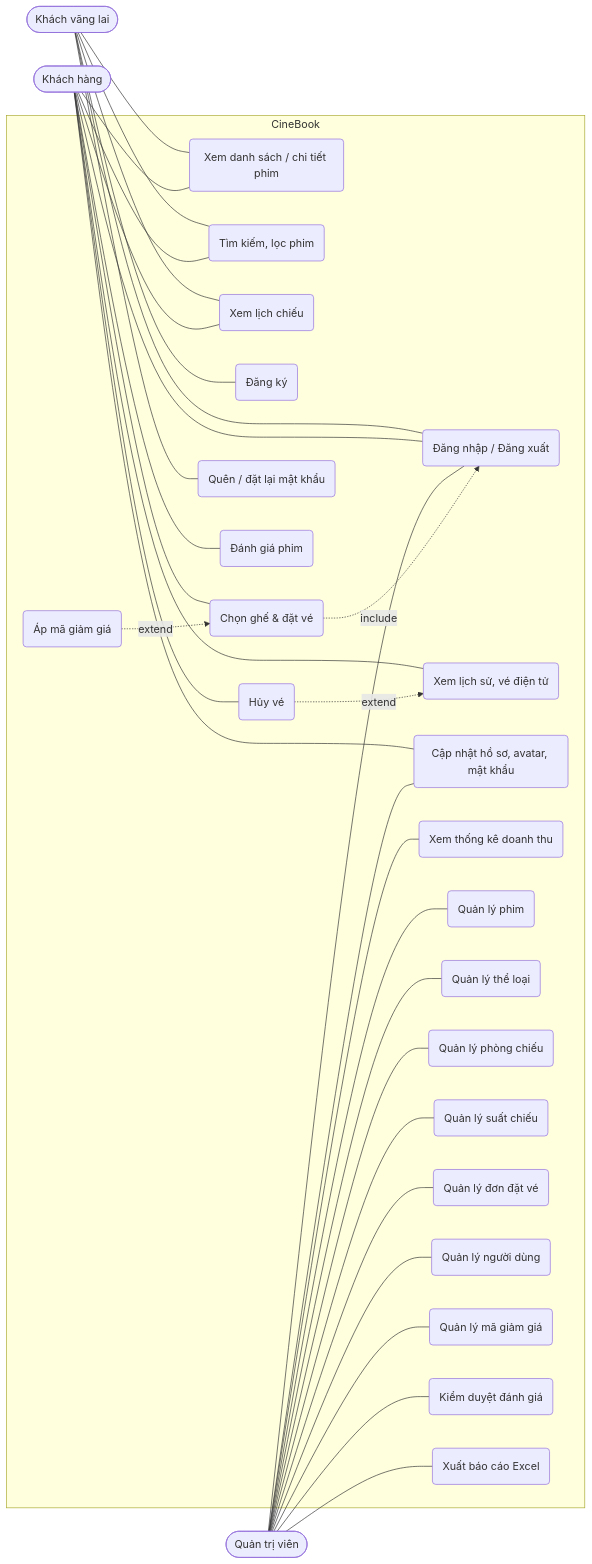
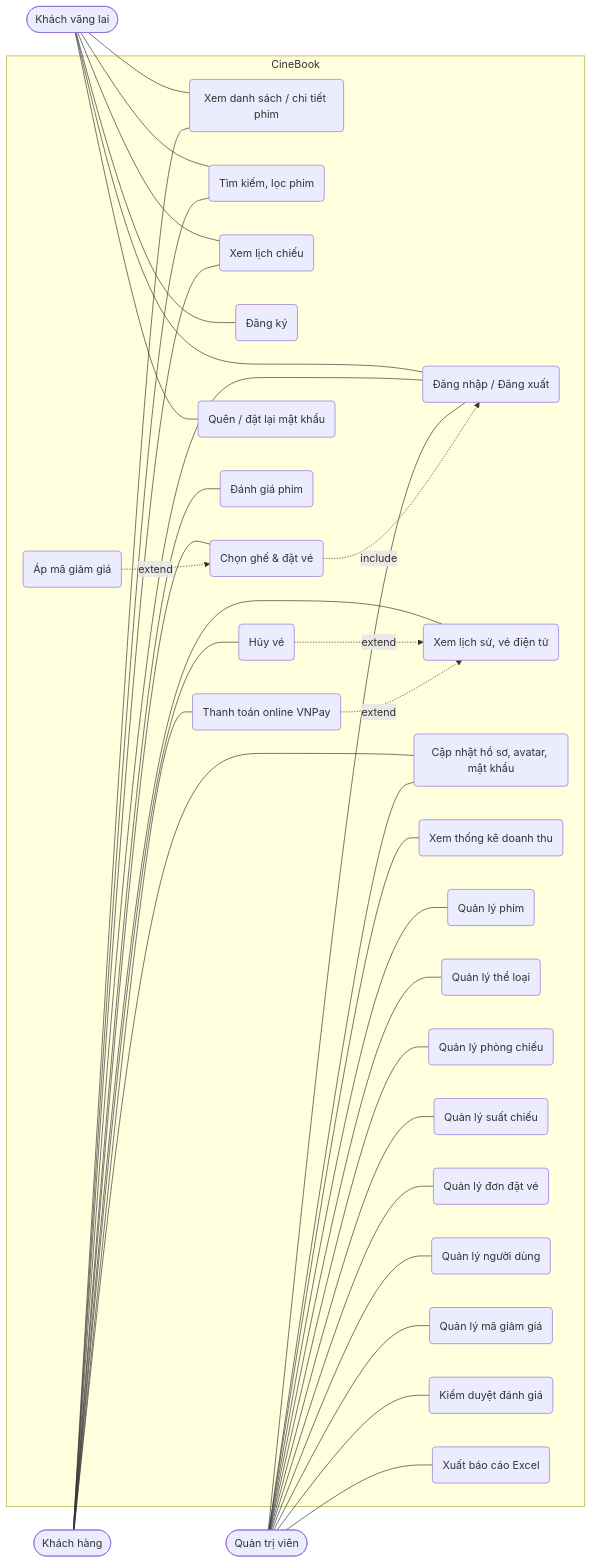
The second of 2 diagrams in docs/THIET_KE.md (Leanhoangy/CineBook), drawn with Mermaid before and after one commit. The commit also changed other lines of this file and 28 other files, not shown here.

Commit message:
Thanh toán vé online qua VNPay sandbox (chữ ký HMAC-SHA512, IPN, chống ghi nhận 2 lần), thu tiền tại quầy cho admin; mã QR vé tạo trên server thay cho API ngoài

````diff
--- a/docs/THIET_KE.md
+++ b/docs/THIET_KE.md
@@ -145,38 +149,40 @@
 ```mermaid
 flowchart LR
     Guest([Khách vãng lai])
     User([Khách hàng])
     Admin([Quản trị viên])
 
     subgraph CineBook
         UC1(Xem danh sách / chi tiết phim)
         UC2(Tìm kiếm, lọc phim)
         UC3(Xem lịch chiếu)
         UC4(Đăng ký)
         UC5(Đăng nhập / Đăng xuất)
         UC6(Chọn ghế & đặt vé)
         UC7(Xem lịch sử, vé điện tử)
         UC8(Hủy vé)
         UC9(Cập nhật hồ sơ, avatar, mật khẩu)
         UC10(Xem thống kê doanh thu)
         UC11(Quản lý phim)
         UC12(Quản lý thể loại)
         UC13(Quản lý phòng chiếu)
         UC14(Quản lý suất chiếu)
         UC15(Quản lý đơn đặt vé)
         UC16(Quản lý người dùng)
         UC17(Quên / đặt lại mật khẩu)
         UC18(Đánh giá phim)
         UC19(Áp mã giảm giá)
         UC20(Quản lý mã giảm giá)
         UC21(Kiểm duyệt đánh giá)
         UC22(Xuất báo cáo Excel)
+        UC23(Thanh toán online VNPay)
     end
 
     Guest --- UC1 & UC2 & UC3 & UC4 & UC5 & UC17
-    User --- UC1 & UC2 & UC3 & UC5 & UC6 & UC7 & UC8 & UC9 & UC18
+    User --- UC1 & UC2 & UC3 & UC5 & UC6 & UC7 & UC8 & UC9 & UC18 & UC23
     Admin --- UC5 & UC9 & UC10 & UC11 & UC12 & UC13 & UC14 & UC15 & UC16 & UC20 & UC21 & UC22
     UC6 -. include .-> UC5
     UC19 -. extend .-> UC6
     UC8 -. extend .-> UC7
+    UC23 -. extend .-> UC7
 ```
````
